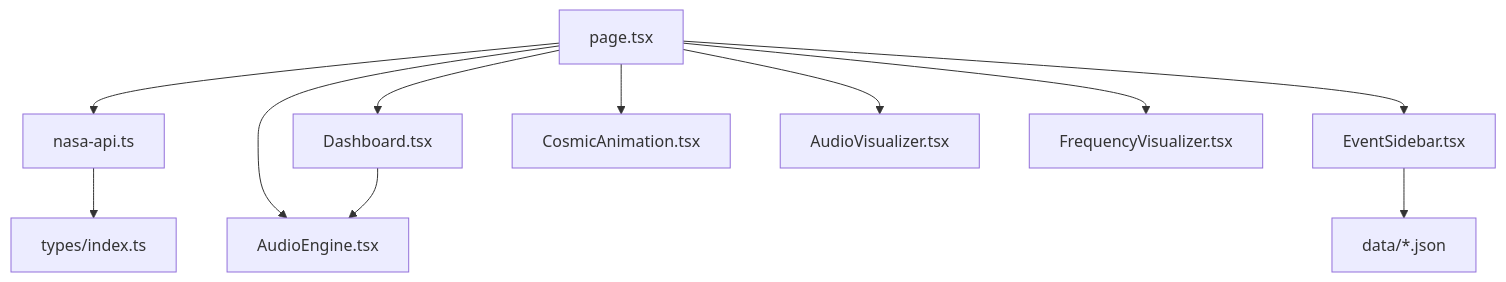
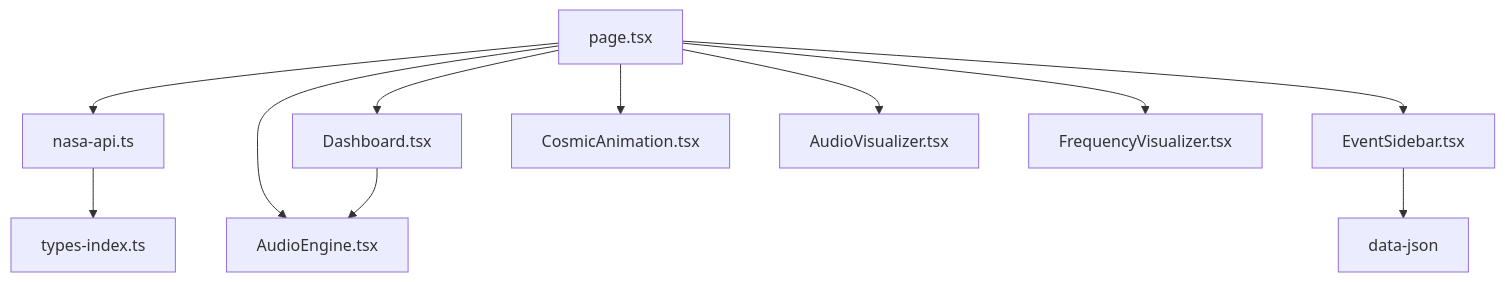
One commit to CTRLD3FEAT/Heliophon changed the third of 3 diagrams in README.md. Above: the diagram before and after it, drawn with Mermaid. The commit also changed other lines of this file, not shown here.

Commit message:
docs: fix Mermaid node IDs - no special chars in node IDs

````diff
--- a/README.md
+++ b/README.md
@@ -171,13 +171,13 @@
 ```mermaid
 flowchart TB
     Page[page.tsx] --> API[nasa-api.ts]
     Page --> Dash[Dashboard.tsx]
     Page --> Side[EventSidebar.tsx]
     Page --> Cosmic[CosmicAnimation.tsx]
     Page --> AVis[AudioVisualizer.tsx]
     Page --> FVis[FrequencyVisualizer.tsx]
     Page --> AEng[AudioEngine.tsx]
     Dash --> AEng
-    API --> Types[types/index.ts]
-    Side --> Hist[data/*.json]
+    API --> Types[types-index.ts]
+    Side --> Hist[data-json]
 ```
````
